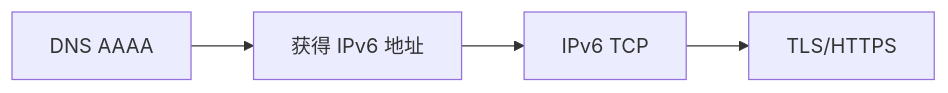
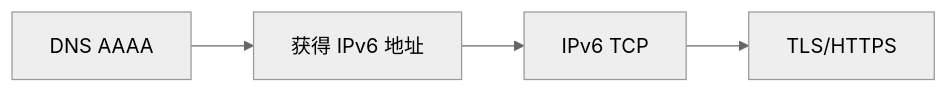
One commit to trans-hub/quartz-sync changed the diagram in content/OPPO WiFi 下 nslookup 无法查询 AAAA 记录排查记录.md. Above: the diagram before and after it, drawn with Mermaid. The commit also changed other lines of this file, not shown here.

Commit message:
Published 1 file

````diff
--- a/content/OPPO WiFi 下 nslookup 无法查询 AAAA 记录排查记录.md
+++ b/content/OPPO WiFi 下 nslookup 无法查询 AAAA 记录排查记录.md
@@ -65,6 +65,10 @@
 ```mermaid
+---
+config:
+  theme: neutral
+---
 graph LR
     A[DNS AAAA] --> B[获得 IPv6 地址]
     B --> C[IPv6 TCP]
     C --> D[TLS/HTTPS]
 ```
````
